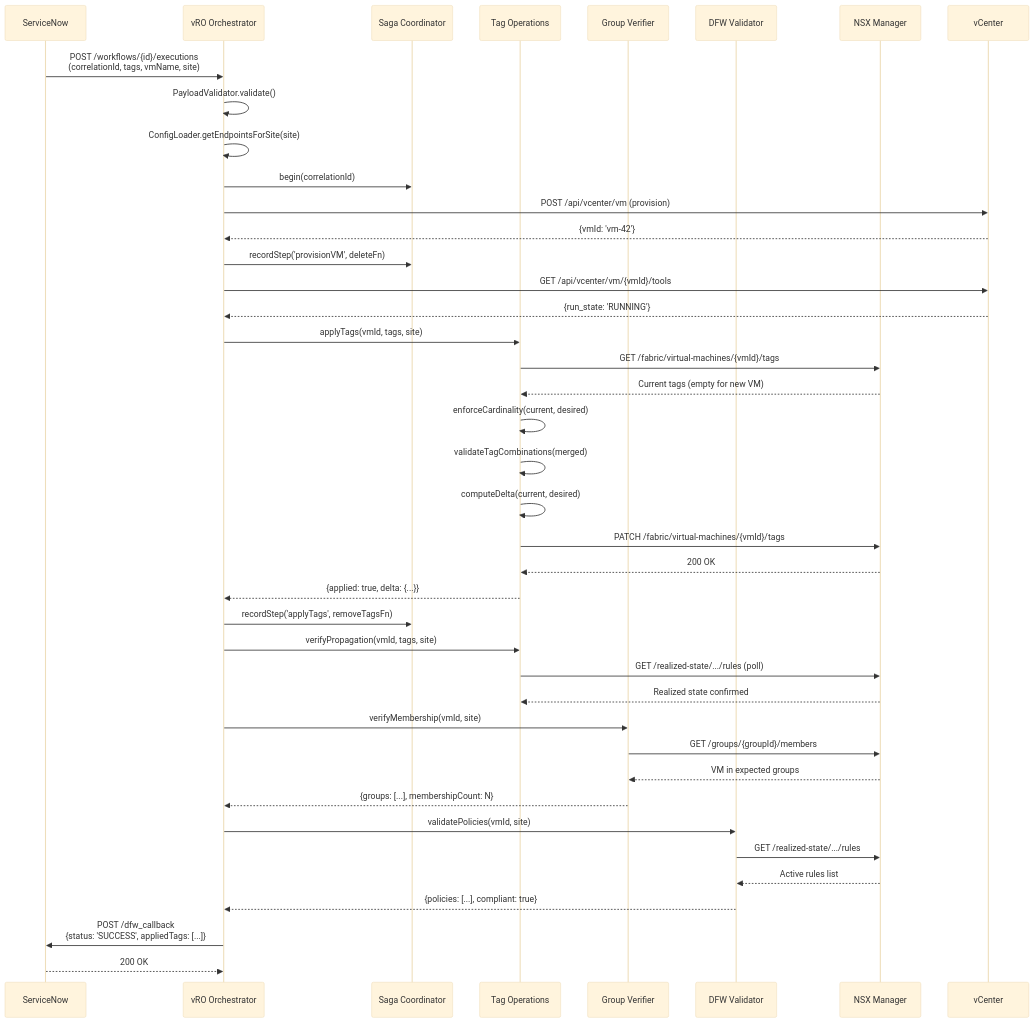
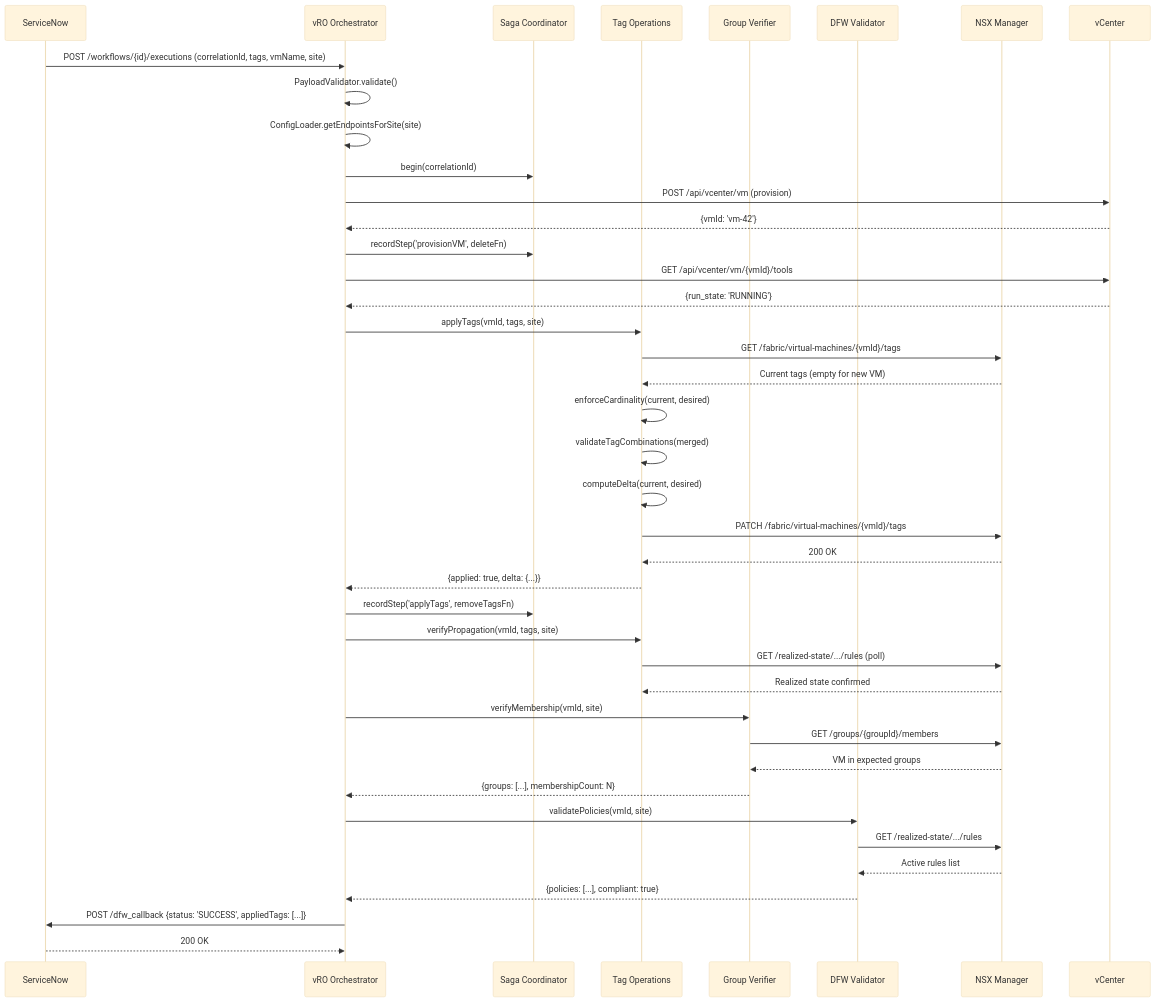
One commit to srikanth-nalam/dfw-automation-pipeline changed the third of 7 diagrams in docs/HLD.md. Above: the diagram before and after it, drawn with Mermaid (base theme). The commit also changed other lines of this file and 8 other files, not shown here.

First line of the commit message:
fix(docs): resolve Mermaid diagram rendering issues in HLD.md

````diff
--- a/docs/HLD.md
+++ b/docs/HLD.md
@@ -324,51 +324,51 @@
 ```mermaid
 sequenceDiagram
     participant SNOW as ServiceNow
     participant VRO as vRO Orchestrator
     participant Saga as Saga Coordinator
     participant Tags as Tag Operations
     participant Groups as Group Verifier
     participant DFW as DFW Validator
     participant NSX as NSX Manager
     participant VC as vCenter
 
-    SNOW->>VRO: POST /workflows/{id}/executions<br/>(correlationId, tags, vmName, site)
+    SNOW->>VRO: POST /workflows/{id}/executions (correlationId, tags, vmName, site)
     VRO->>VRO: PayloadValidator.validate()
     VRO->>VRO: ConfigLoader.getEndpointsForSite(site)
     VRO->>Saga: begin(correlationId)
 
     VRO->>VC: POST /api/vcenter/vm (provision)
     VC-->>VRO: {vmId: 'vm-42'}
     VRO->>Saga: recordStep('provisionVM', deleteFn)
 
     VRO->>VC: GET /api/vcenter/vm/{vmId}/tools
     VC-->>VRO: {run_state: 'RUNNING'}
 
     VRO->>Tags: applyTags(vmId, tags, site)
     Tags->>NSX: GET /fabric/virtual-machines/{vmId}/tags
     NSX-->>Tags: Current tags (empty for new VM)
     Tags->>Tags: enforceCardinality(current, desired)
     Tags->>Tags: validateTagCombinations(merged)
     Tags->>Tags: computeDelta(current, desired)
     Tags->>NSX: PATCH /fabric/virtual-machines/{vmId}/tags
     NSX-->>Tags: 200 OK
     Tags-->>VRO: {applied: true, delta: {...}}
     VRO->>Saga: recordStep('applyTags', removeTagsFn)
 
     VRO->>Tags: verifyPropagation(vmId, tags, site)
     Tags->>NSX: GET /realized-state/.../rules (poll)
     NSX-->>Tags: Realized state confirmed
 
     VRO->>Groups: verifyMembership(vmId, site)
     Groups->>NSX: GET /groups/{groupId}/members
     NSX-->>Groups: VM in expected groups
     Groups-->>VRO: {groups: [...], membershipCount: N}
 
     VRO->>DFW: validatePolicies(vmId, site)
     DFW->>NSX: GET /realized-state/.../rules
     NSX-->>DFW: Active rules list
     DFW-->>VRO: {policies: [...], compliant: true}
 
-    VRO->>SNOW: POST /dfw_callback<br/>{status: 'SUCCESS', appliedTags: [...]}
+    VRO->>SNOW: POST /dfw_callback {status: 'SUCCESS', appliedTags: [...]}
     SNOW-->>VRO: 200 OK
 ```
````
